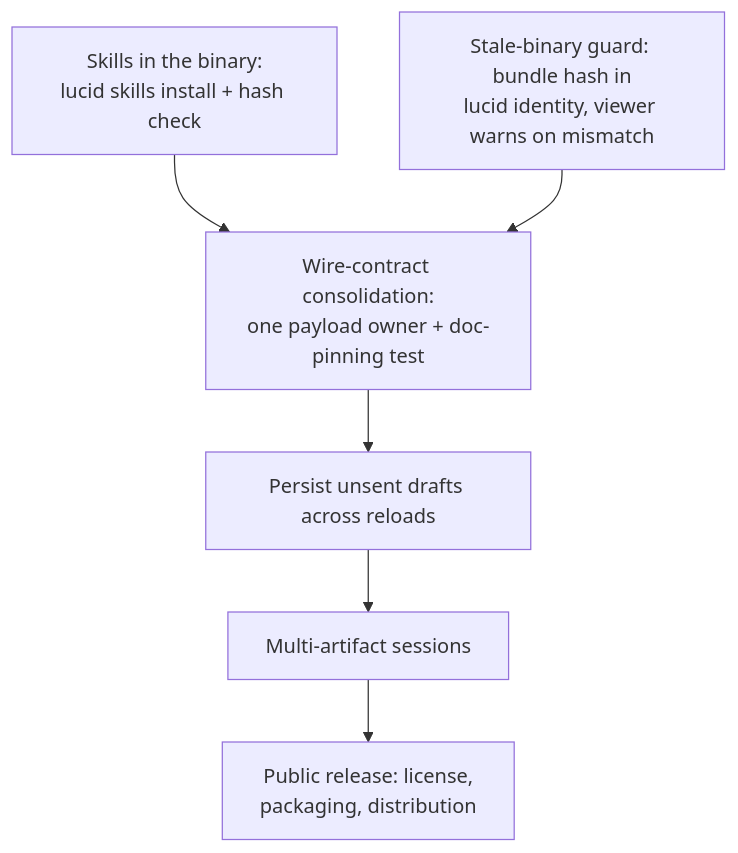
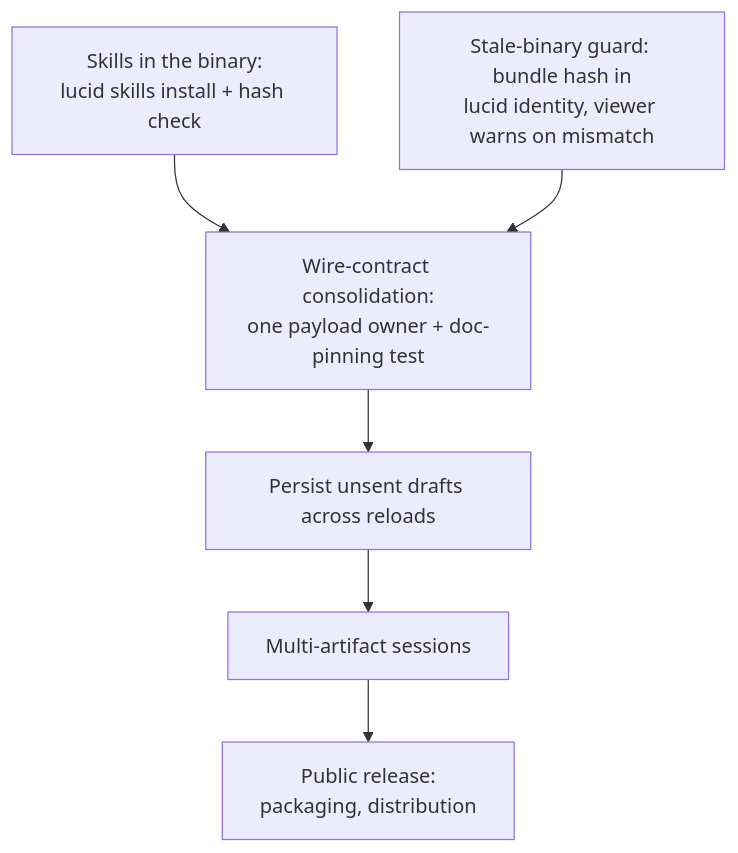
Before and after one commit to dungle-scrubs/lucid: the third of 3 diagrams in README.md, drawn with Mermaid. The commit also changed other lines of this file and 16 other files, not shown here.

````diff
--- a/README.md
+++ b/README.md
@@ -212,9 +242,9 @@
 ```mermaid
 flowchart TD
     A["Skills in the binary:<br/>lucid skills install + hash check"] --> C
     B["Stale-binary guard: bundle hash in<br/>lucid identity, viewer warns on mismatch"] --> C
     C["Wire-contract consolidation:<br/>one payload owner + doc-pinning test"]
     C --> D["Persist unsent drafts across reloads"]
     D --> E["Multi-artifact sessions"]
-    E --> F["Public release: license,<br/>packaging, distribution"]
+    E --> F["Public release:<br/>packaging, distribution"]
 ```
````
